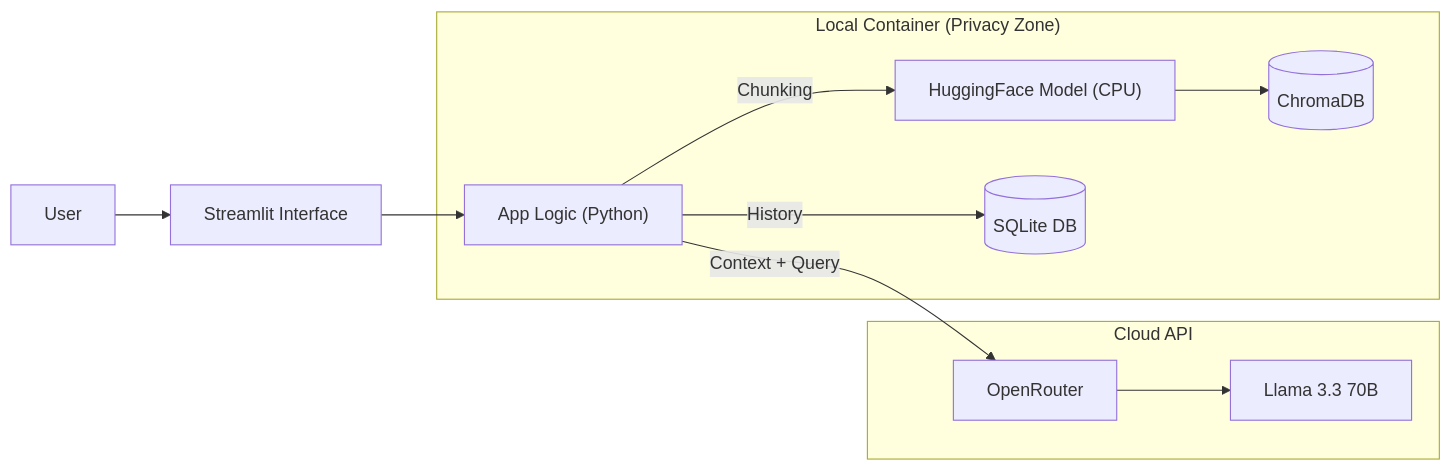
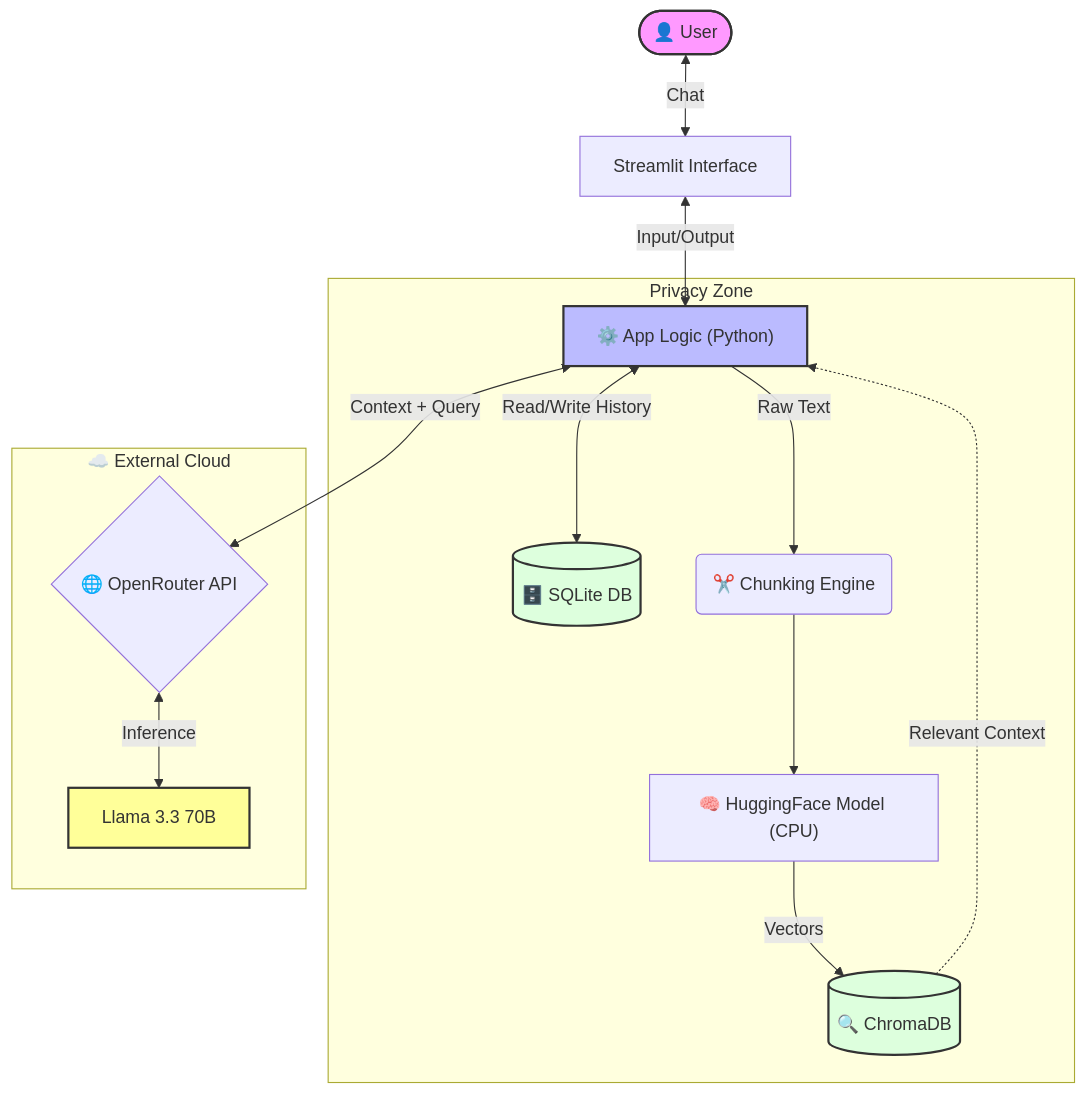
The diagram in README.md (Zerol-91/RAG_LLM_PDF_Reader), drawn with Mermaid before and after one commit.

Commit message:
fix: mermaid diagram visualization

````diff
--- a/README.md
+++ b/README.md
@@ -30,17 +30,29 @@
 ```mermaid
-graph LR
-    User["User"] --> UI["Streamlit Interface"]
-    UI --> Logic["App Logic (Python)"]
+graph TD
+    %% Стили и узлы (Везде добавлены кавычки!)
+    User(["👤 User"]) <-->|Chat| UI["Streamlit Interface"]
+    UI <-->|"Input/Output"| Logic["⚙️ App Logic (Python)"]
     
-    subgraph "Local Container (Privacy Zone)"
-        Logic -- "Chunking" --> Embed["HuggingFace Model (CPU)"]
-        Embed --> VectorDB[("ChromaDB")]
-        Logic -- "History" --> SQL[("SQLite DB")]
+    subgraph "Privacy Zone"
+        Logic <-->|"Read/Write History"| SQL[("🗄️ SQLite DB")]
+        
+        Logic -- "Raw Text" --> Splitter("✂️ Chunking Engine")
+        Splitter --> Embed["🧠 HuggingFace Model (CPU)"]
+        Embed -->|"Vectors"| VectorDB[("🔍 ChromaDB")]
+        
+        VectorDB -.->|"Relevant Context"| Logic
     end
     
-    subgraph "Cloud API"
-        Logic -- "Context + Query" --> API["OpenRouter"]
-        API --> LLM["Llama 3.3 70B"]
+    subgraph "☁️ External Cloud"
+        Logic -- "Context + Query" <--> API{"🌐 OpenRouter API"}
+        API <-->|"Inference"| LLM["Llama 3.3 70B"]
     end
 
+    %% Стилизация
+    style User fill:#f9f,stroke:#333,stroke-width:2px
+    style Logic fill:#bbf,stroke:#333,stroke-width:2px
+    style VectorDB fill:#dfd,stroke:#333,stroke-width:2px
+    style SQL fill:#dfd,stroke:#333,stroke-width:2px
+    style LLM fill:#ff9,stroke:#333,stroke-width:2px
+
 ```
````
